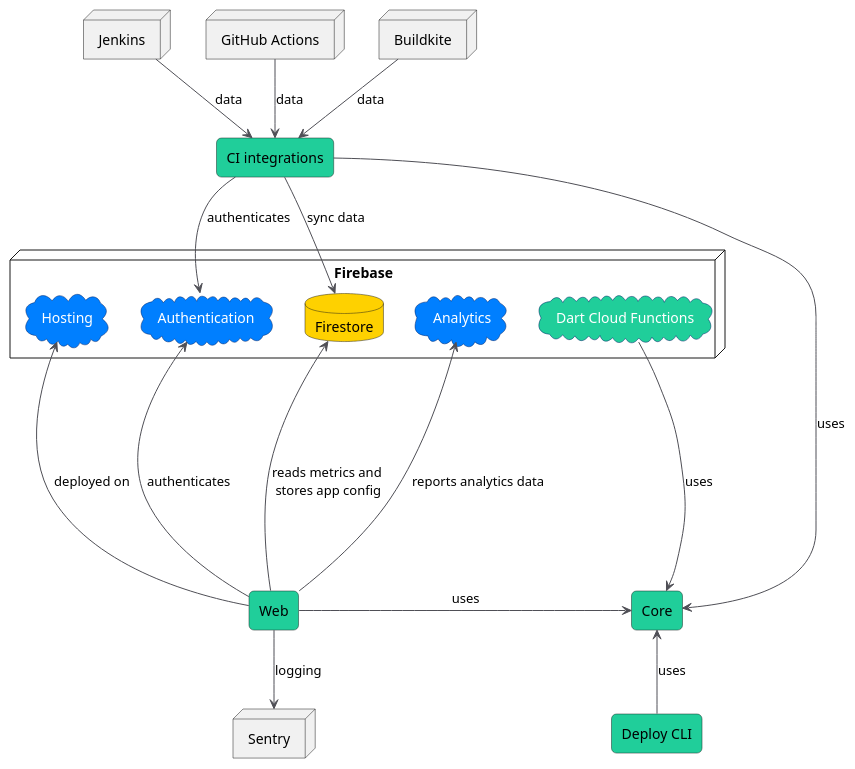
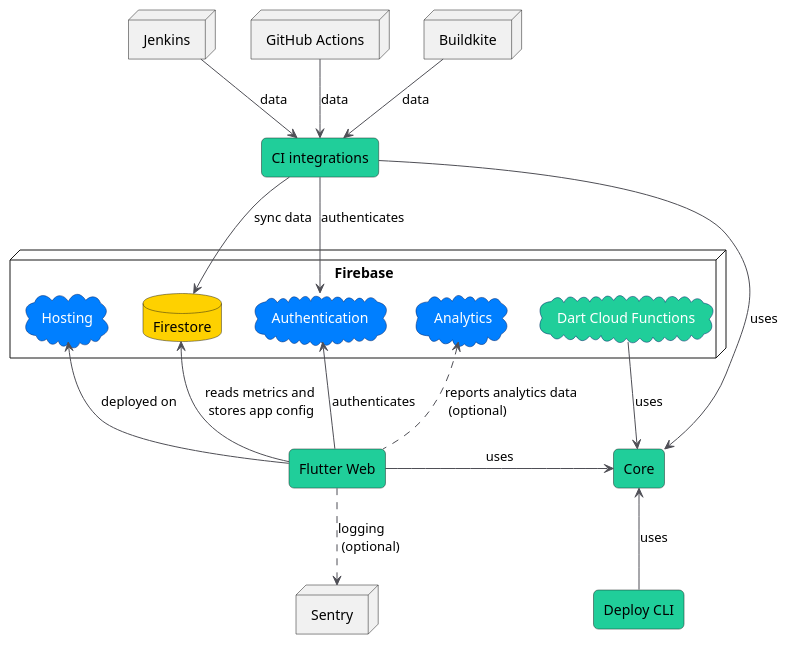
Before and after one commit to Flank/flank-dashboard: the diagram in concept_map.puml, drawn with PlantUML.

Commit message:
Improve diagram layout

```diff
--- a/concept_map.puml
+++ b/concept_map.puml
@@ -1,76 +1,73 @@
 @startuml metrics_concept_map
 
 skinparam DefaultTextAlignment left
 
 skinparam database {
     borderColor #292618
     backgroundColor #fed100
 }
 
 skinparam cloud {
     borderColor #002366
     backgroundColor #007FFF
     fontColor white
 }
 
 skinparam rectangle {
     borderColor #182b27
     backgroundColor #20ce9a
     roundCorner 10
 }
 
 skinparam ArrowColor #4f4f56
 
 node Jenkins
 node "GitHub Actions" as GA
 node Buildkite
 node Sentry
 
 rectangle "CI integrations" as CI
 
 together {
     node Firebase {
         cloud Hosting
         database Firestore
         cloud Authentication
         cloud Analytics
 
         cloud #20ce9a "Dart Cloud Functions" as DartCloudFunctions
     }
 
     rectangle Core
 }
-rectangle Web
+
+rectangle "Flutter Web" as Web
 rectangle "Deploy CLI" as CLI
 
 Jenkins -[hidden]right-> GA
 GA -[hidden]right-> Buildkite
-
-Core -[hidden]left-> Analytics  
+Analytics -[hidden]left-> Firestore  
 
 Jenkins -down-> CI : data
 GA -down-> CI : data
 Buildkite -down-> CI : data
 
 CI -down-> Firestore : sync data
 CI -down-> Authentication : authenticates
-CI -[hidden]down-> Hosting
 
 Hosting -[hidden]right-> Authentication
 Authentication -[hidden]right-> Firestore
 
-Web --up--> Firestore : reads metrics and \l stores app config
-Web --up--> Authentication : authenticates
-Web --up--> Hosting : deployed on
-Web --up--> Analytics : reports analytics data
-Web -down-> Sentry : logging
-
-DartCloudFunctions -[hidden]-> Core : uses
+Web -up-> Firestore : reads metrics and \l stores app config
+Web -up-> Authentication : authenticates
+Web -up-> Hosting : deployed on
+Web .up.> Analytics : reports analytics data \l (optional)
+Web .down.> Sentry : logging \l (optional)
 
 CLI -up-> Core : uses
 
-DartCloudFunctions -down-> Core : uses
-Web --right--> Core : uses
-CI --right--> Core  : uses
+DartCloudFunctions -right-> Core : uses
+Web -right-> Core : uses
+CI -right-> Core  : uses
 
 @enduml
```
